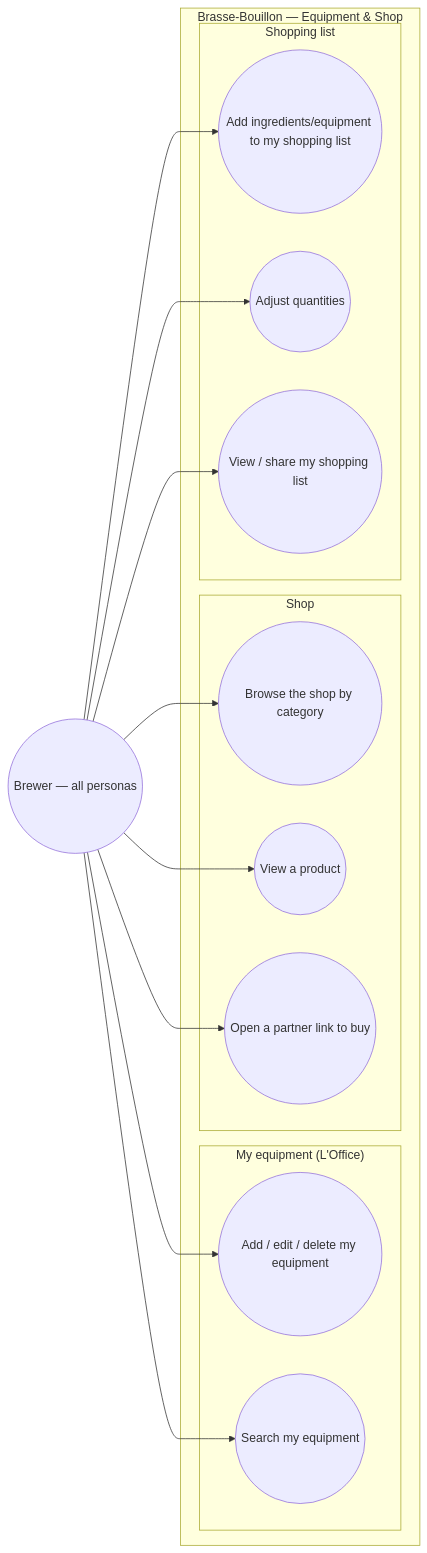
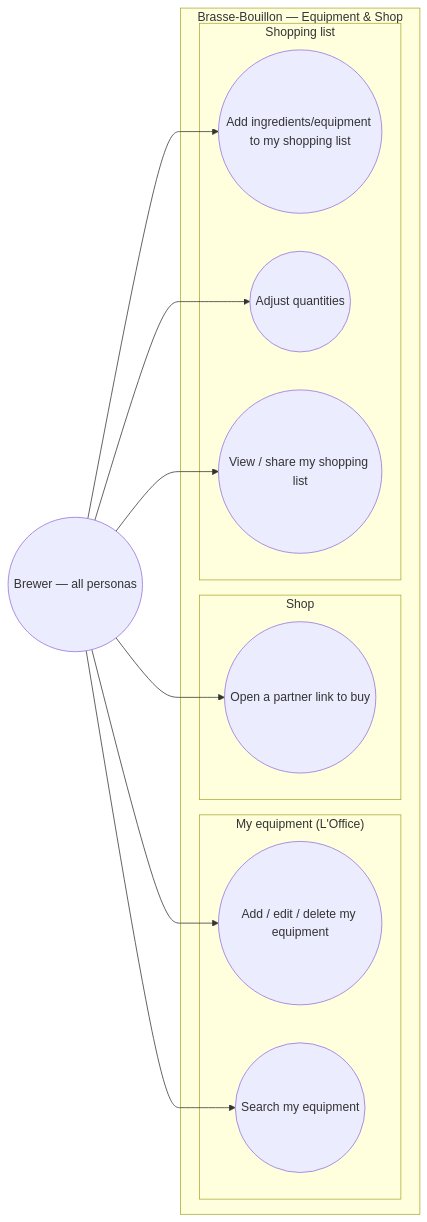
One commit to benoit-bremaud/brasse-bouillon changed the diagram in docs/architecture/diagrams/equipment-shop/01-use-case.md. Above: the diagram before and after it, drawn with Mermaid. The commit also changed other lines of this file and 4 other files, not shown here.

````diff
--- a/docs/architecture/diagrams/equipment-shop/01-use-case.md
+++ b/docs/architecture/diagrams/equipment-shop/01-use-case.md
@@ -17,30 +27,26 @@
 ```mermaid
 flowchart LR
   Brewer(("Brewer — all personas"))
 
   subgraph SYSTEM ["Brasse-Bouillon — Equipment & Shop"]
     subgraph Equip ["My equipment (L'Office)"]
       UC1(("Add / edit / delete my equipment"))
       UC2(("Search my equipment"))
     end
     subgraph Shop ["Shop"]
-      UC3(("Browse the shop by category"))
-      UC4(("View a product"))
       UC5(("Open a partner link to buy"))
     end
     subgraph List ["Shopping list"]
       UC6(("Add ingredients/equipment to my shopping list"))
       UC7(("Adjust quantities"))
       UC8(("View / share my shopping list"))
     end
   end
 
   Brewer --> UC1
   Brewer --> UC2
-  Brewer --> UC3
-  Brewer --> UC4
   Brewer --> UC5
   Brewer --> UC6
   Brewer --> UC7
   Brewer --> UC8
 ```
````
